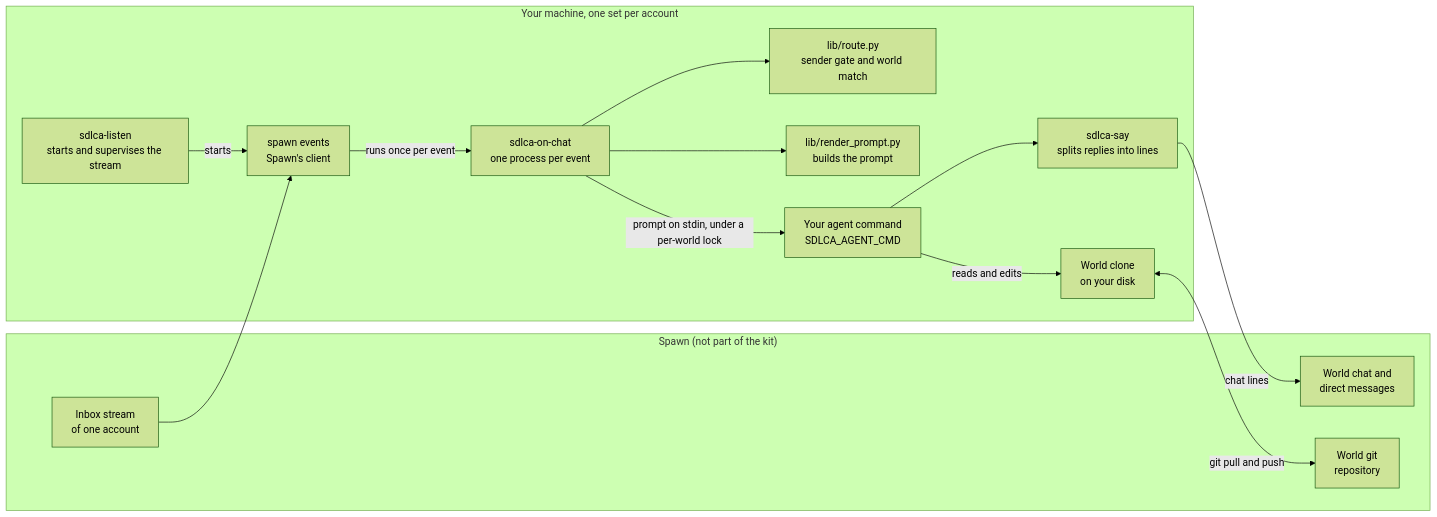
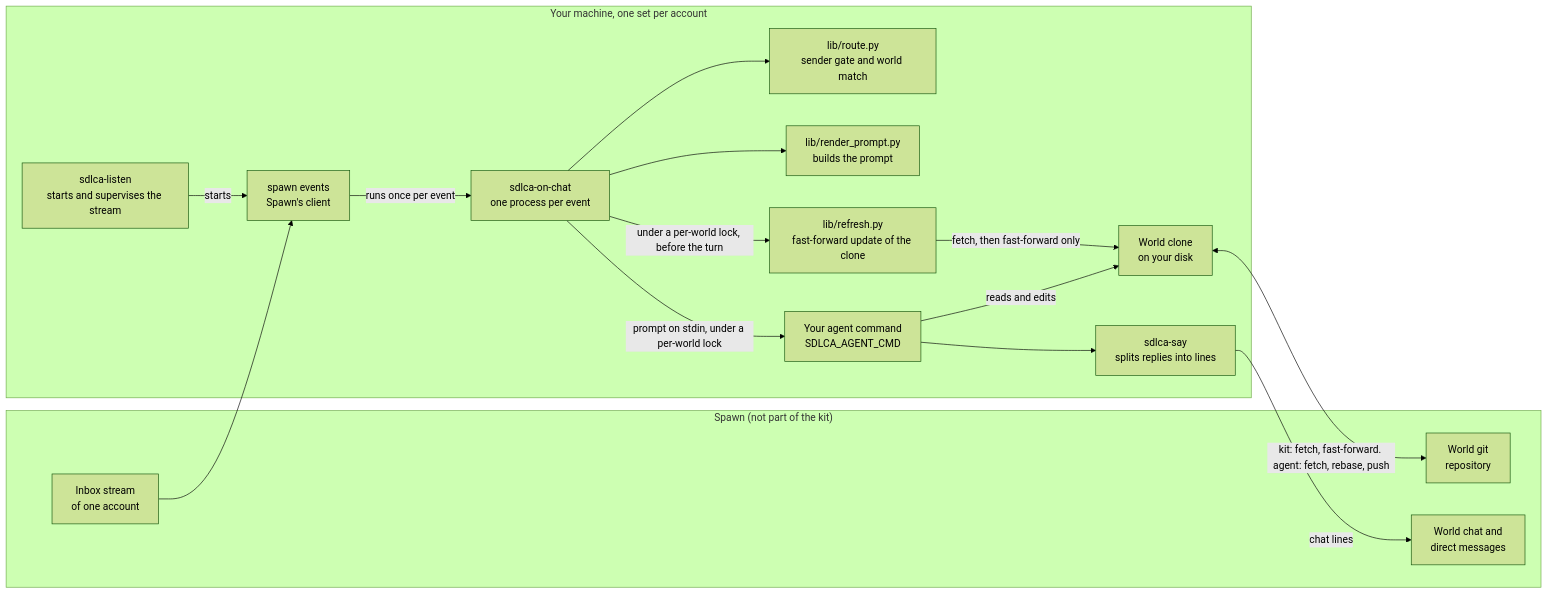
One commit to kdtix-open/sdlca-for-spawn changed the first of 2 diagrams in docs/architecture.md. Above: the diagram before and after it, drawn with Mermaid (forest theme). The commit also changed other lines of this file and 55 other files, not shown here.

````diff
--- a/docs/architecture.md
+++ b/docs/architecture.md
@@ -30,28 +30,31 @@
 ```mermaid
 flowchart LR
   subgraph spawn["Spawn (not part of the kit)"]
     inbox["Inbox stream<br/>of one account"]
     chat["World chat and<br/>direct messages"]
     git["World git<br/>repository"]
   end
   subgraph kit["Your machine, one set per account"]
     listen["sdlca-listen<br/>starts and supervises the stream"]
     client["spawn events<br/>Spawn's client"]
     handler["sdlca-on-chat<br/>one process per event"]
     route["lib/route.py<br/>sender gate and world match"]
     prompt["lib/render_prompt.py<br/>builds the prompt"]
+    refresh["lib/refresh.py<br/>fast-forward update of the clone"]
     agent["Your agent command<br/>SDLCA_AGENT_CMD"]
     say["sdlca-say<br/>splits replies into lines"]
     clone["World clone<br/>on your disk"]
   end
   inbox --> client
   listen -->|starts| client
   client -->|"runs once per event"| handler
   handler --> route
   handler --> prompt
+  handler -->|"under a per-world lock, before the turn"| refresh
+  refresh -->|"fetch, then fast-forward only"| clone
   handler -->|"prompt on stdin, under a per-world lock"| agent
   agent -->|"reads and edits"| clone
-  clone <-->|"git pull and push"| git
+  clone <-->|"kit: fetch, fast-forward. agent: fetch, rebase, push"| git
   agent --> say
   say -->|"chat lines"| chat
 ```
````
